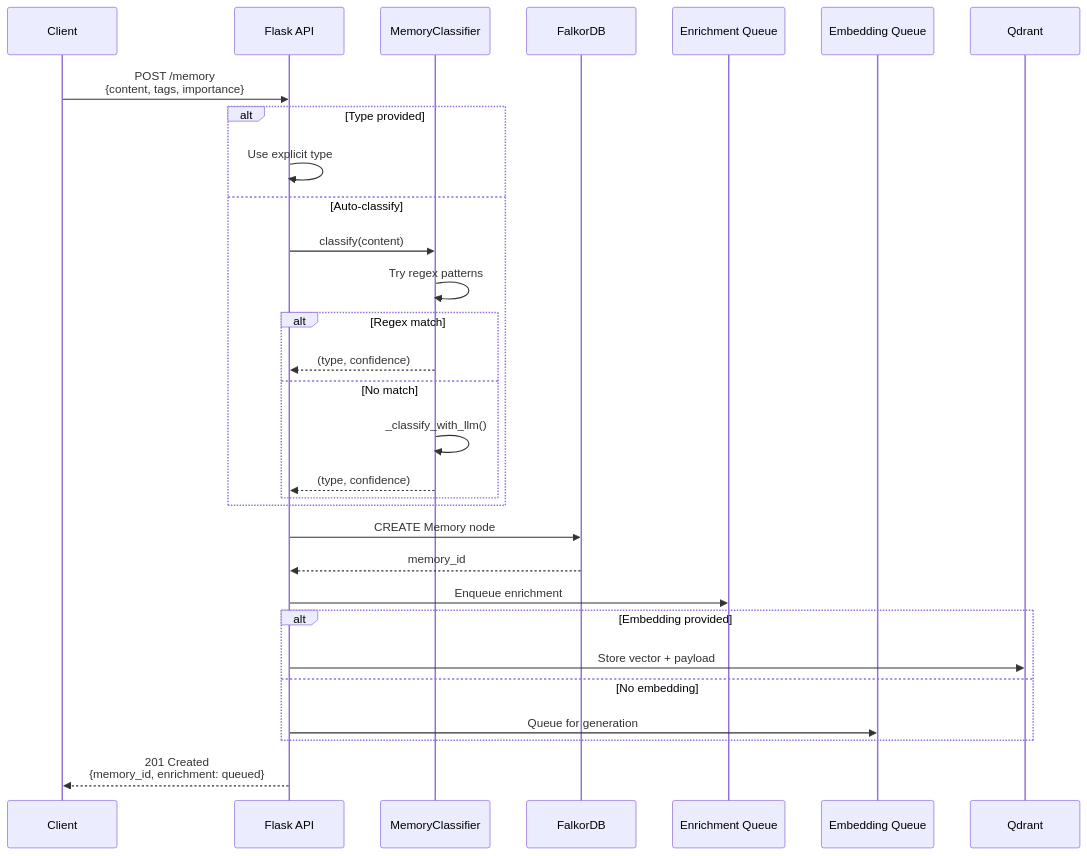
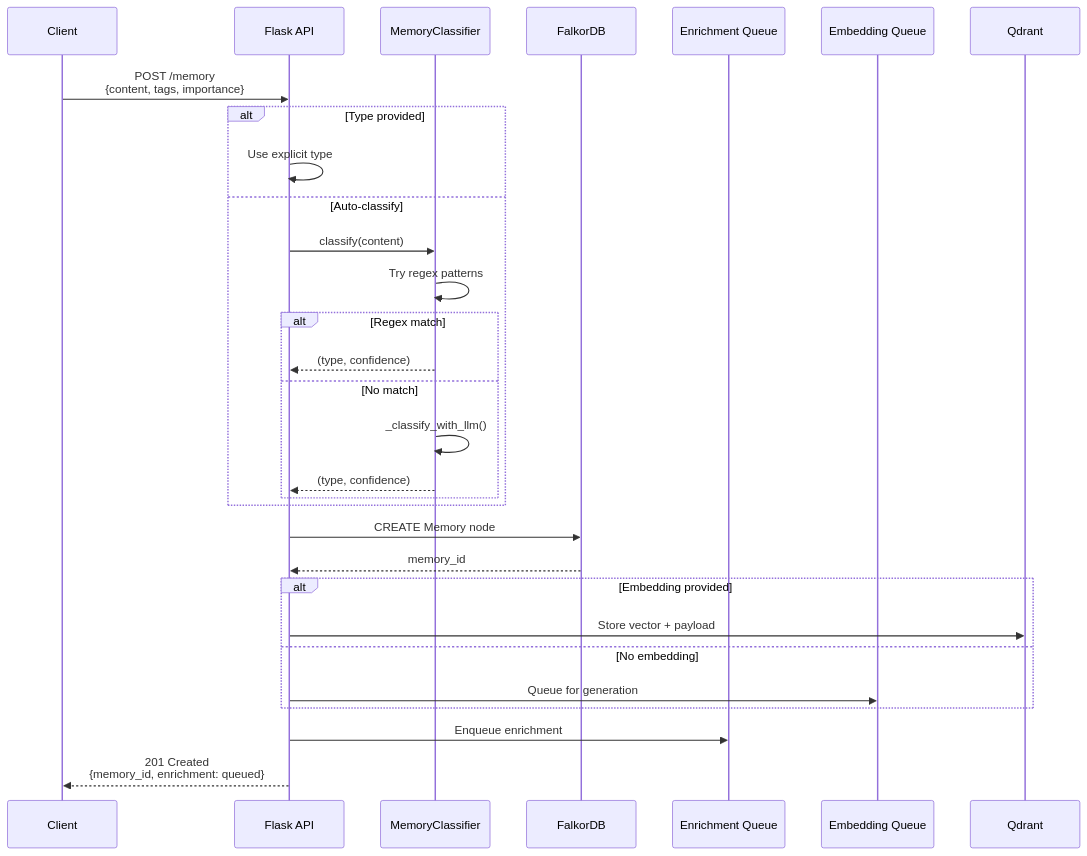
Before and after one commit to verygoodplugins/automem-website: the sixth of 6 diagrams in src/content/docs/docs/core-concepts/memory-model.md, drawn with Mermaid. The commit also changed other lines of this file and 1 other file, not shown here.

````diff
--- a/src/content/docs/docs/core-concepts/memory-model.md
+++ b/src/content/docs/docs/core-concepts/memory-model.md
@@ -444,38 +450,38 @@
 ```mermaid
 sequenceDiagram
     participant C as Client
     participant API as Flask API
     participant CL as MemoryClassifier
     participant F as FalkorDB
     participant EQ as Enrichment Queue
     participant EmQ as Embedding Queue
     participant Q as Qdrant
 
     C->>API: POST /memory<br/>{content, tags, importance}
 
     alt Type provided
         API->>API: Use explicit type
     else Auto-classify
         API->>CL: classify(content)
         CL->>CL: Try regex patterns
         alt Regex match
             CL-->>API: (type, confidence)
         else No match
             CL->>CL: _classify_with_llm()
             CL-->>API: (type, confidence)
         end
     end
 
     API->>F: CREATE Memory node
     F-->>API: memory_id
 
-    API->>EQ: Enqueue enrichment
-
     alt Embedding provided
         API->>Q: Store vector + payload
     else No embedding
         API->>EmQ: Queue for generation
     end
 
+    API->>EQ: Enqueue enrichment
+
     API-->>C: 201 Created<br/>{memory_id, enrichment: queued}
 ```
````
